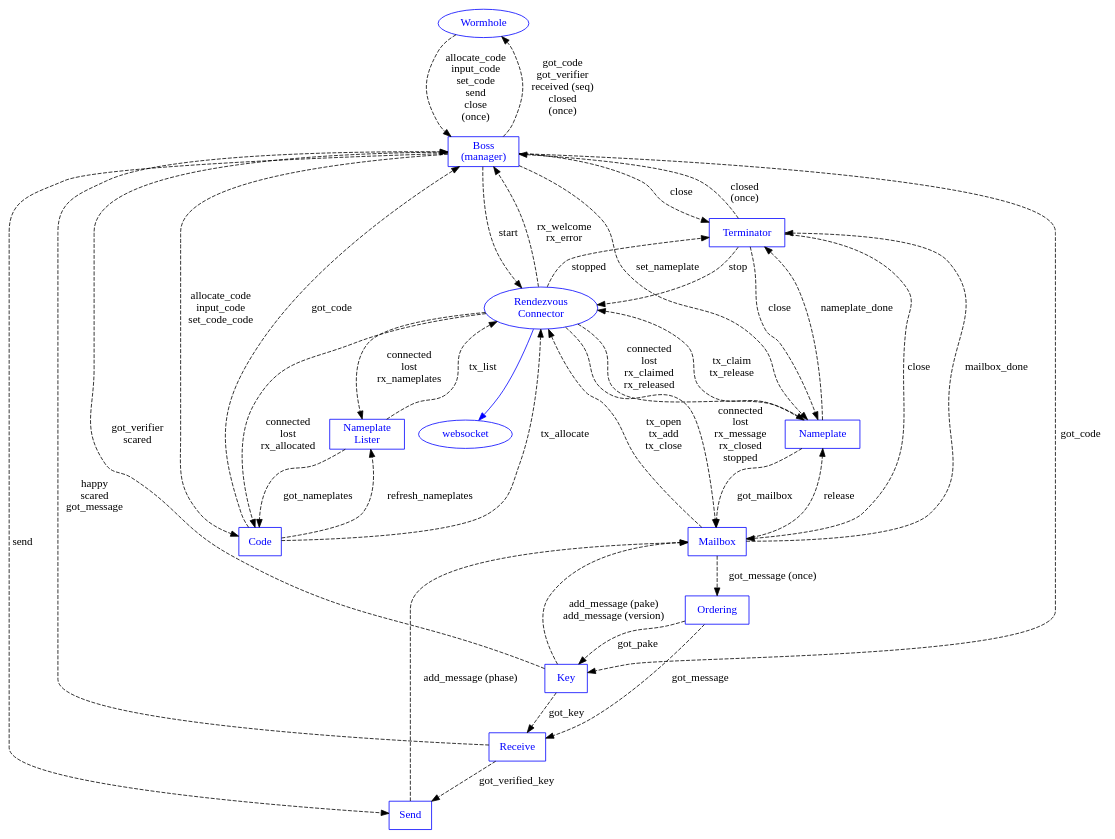
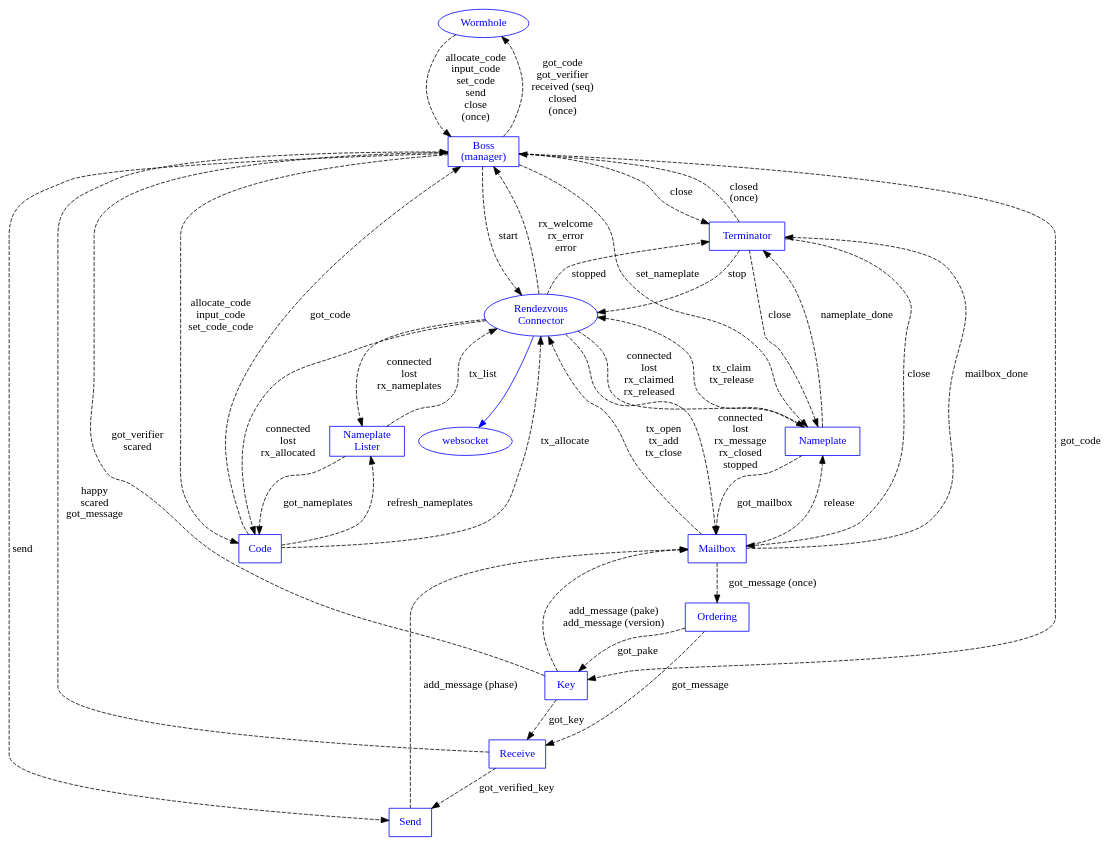
One commit to magic-wormhole/magic-wormhole changed the diagram in docs/machines.dot. Above: the diagram before and after it, drawn with Graphviz. The commit also changed 6 other files, not shown here.

```diff
--- a/docs/machines.dot
+++ b/docs/machines.dot
@@ -1,94 +1,94 @@
 digraph {
         Wormhole [shape="oval" color="blue" fontcolor="blue"]
         Boss [shape="box" label="Boss\n(manager)"
                   color="blue" fontcolor="blue"]
         Nameplate [shape="box" color="blue" fontcolor="blue"]
         Mailbox [shape="box" color="blue" fontcolor="blue"]
         Connection [label="Rendezvous\nConnector"
                     shape="oval" color="blue" fontcolor="blue"]
         websocket [color="blue" fontcolor="blue"]
         Order [shape="box" label="Ordering" color="blue" fontcolor="blue"]
         Key [shape="box" label="Key" color="blue" fontcolor="blue"]
         Send [shape="box" label="Send" color="blue" fontcolor="blue"]
         Receive [shape="box" label="Receive" color="blue" fontcolor="blue"]
         Code [shape="box" label="Code" color="blue" fontcolor="blue"]
         NameplateLister [shape="box" label="Nameplate\nLister"
                          color="blue" fontcolor="blue"]
         Terminator [shape="box" color="blue" fontcolor="blue"]
 
         Connection -> websocket [color="blue"]
         #Connection -> Order [color="blue"]
 
         Wormhole -> Boss [style="dashed" label="allocate_code\ninput_code\nset_code\nsend\nclose\n(once)"]
         #Wormhole -> Boss [color="blue"]
         Boss -> Wormhole [style="dashed" label="got_code\ngot_verifier\nreceived (seq)\nclosed\n(once)"]
 
         #Boss -> Connection [color="blue"]
         Boss -> Connection [style="dashed" label="start"]
-        Connection -> Boss [style="dashed" label="rx_welcome\nrx_error"]
+        Connection -> Boss [style="dashed" label="rx_welcome\nrx_error\nerror"]
 
         Boss -> Send [style="dashed" label="send"]
 
         Boss -> Nameplate [style="dashed" label="set_nameplate"]
         #Boss -> Mailbox [color="blue"]
         Mailbox -> Order [style="dashed" label="got_message (once)"]
         Boss -> Key [style="dashed" label="got_code"]
         Key -> Boss [style="dashed" label="got_verifier\nscared"]
         Order -> Key [style="dashed" label="got_pake"]
         Order -> Receive [style="dashed" label="got_message"]
         #Boss -> Key [color="blue"]
         Key -> Mailbox [style="dashed"
                         label="add_message (pake)\nadd_message (version)"]
         Receive -> Send [style="dashed" label="got_verified_key"]
         Send -> Mailbox [style="dashed" label="add_message (phase)"]
 
         Key -> Receive [style="dashed" label="got_key"]
         Receive -> Boss [style="dashed"
                          label="happy\nscared\ngot_message"]
         Nameplate -> Connection [style="dashed"
                                  label="tx_claim\ntx_release"]
         Connection -> Nameplate [style="dashed"
                                  label="connected\nlost\nrx_claimed\nrx_released"]
         Mailbox -> Nameplate [style="dashed" label="release"]
         Nameplate -> Mailbox [style="dashed" label="got_mailbox"]
 
         Mailbox -> Connection [style="dashed"
                                label="tx_open\ntx_add\ntx_close"
                                ]
         Connection -> Mailbox [style="dashed"
                                label="connected\nlost\nrx_message\nrx_closed\nstopped"]
 
         Connection -> NameplateLister [style="dashed"
                                        label="connected\nlost\nrx_nameplates"
                                        ]
         NameplateLister -> Connection [style="dashed"
                                        label="tx_list"
                                        ]
 
         #Boss -> Code [color="blue"]
         Connection -> Code [style="dashed"
                             label="connected\nlost\nrx_allocated"]
         Code -> Connection [style="dashed"
                             label="tx_allocate"
                             ]
         NameplateLister -> Code [style="dashed"
                                  label="got_nameplates"
                                  ]
         #Code -> NameplateLister [color="blue"]
         Code -> NameplateLister [style="dashed"
                                  label="refresh_nameplates"
                                  ]
         Boss -> Code [style="dashed"
                       label="allocate_code\ninput_code\nset_code_code"]
         Code -> Boss [style="dashed"
                       label="got_code"]
 
         Nameplate -> Terminator [style="dashed" label="nameplate_done"]
         Mailbox -> Terminator [style="dashed" label="mailbox_done"]
         Terminator -> Nameplate [style="dashed" label="close"]
         Terminator -> Mailbox [style="dashed" label="close"]
         Terminator -> Connection [style="dashed" label="stop"]
         Connection -> Terminator [style="dashed" label="stopped"]
         Terminator -> Boss [style="dashed" label="closed\n(once)"]
         Boss -> Terminator [style="dashed" label="close"]
 }
```
